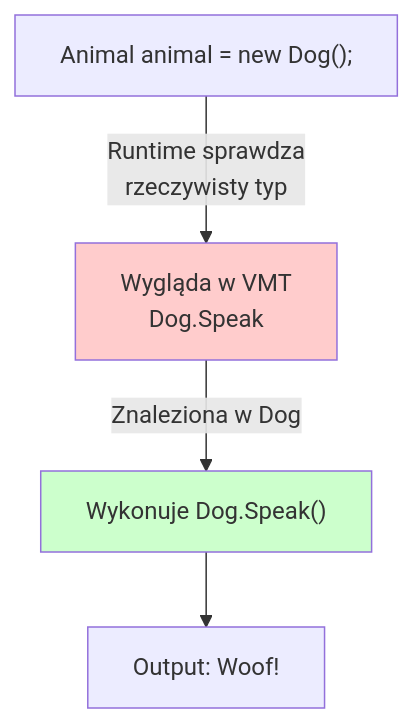
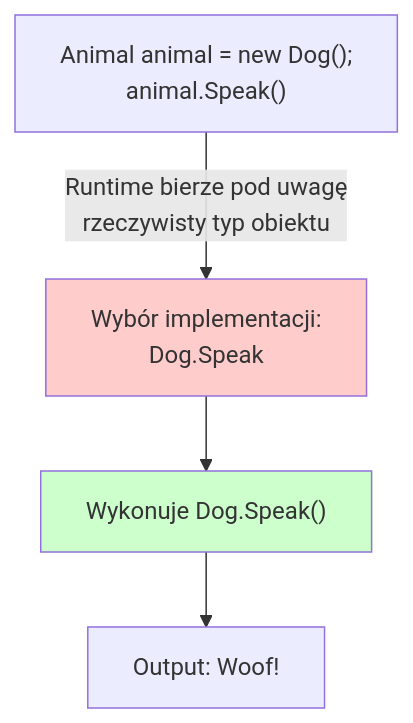
The diagram in src/06-polimorfizm/_01_virtual_methods_intro/README.md (tborzyszkowski/csharp-programming), drawn with Mermaid before and after one commit. The commit also changed other lines of this file and 12 other files, not shown here.

````diff
--- a/src/06-polimorfizm/_01_virtual_methods_intro/README.md
+++ b/src/06-polimorfizm/_01_virtual_methods_intro/README.md
@@ -283,9 +281,9 @@
 ```mermaid
 graph TD
-    A["Animal animal = new Dog();"] -->|Runtime sprawdza<br/>rzeczywisty typ| B["Wygląda w VMT<br/>Dog.Speak"]
-    B -->|Znaleziona w Dog| C["Wykonuje Dog.Speak()"]
+    A["Animal animal = new Dog();<br/>animal.Speak()"] -->|Runtime bierze pod uwagę<br/>rzeczywisty typ obiektu| B["Wybór implementacji:<br/>Dog.Speak"]
+    B --> C["Wykonuje Dog.Speak()"]
     C --> D["Output: Woof!"]
     
     style B fill:#ffcccc
     style C fill:#ccffcc
 ```
````
